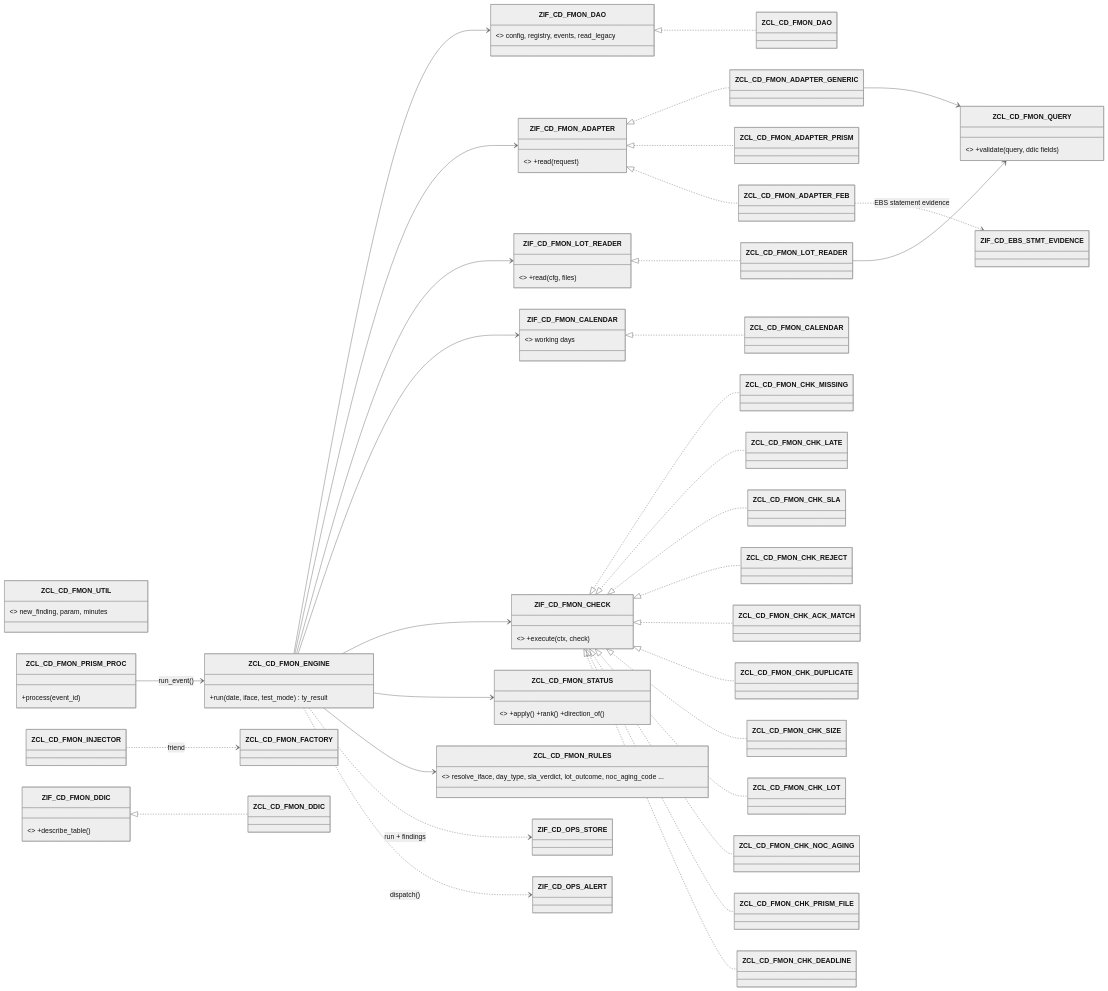
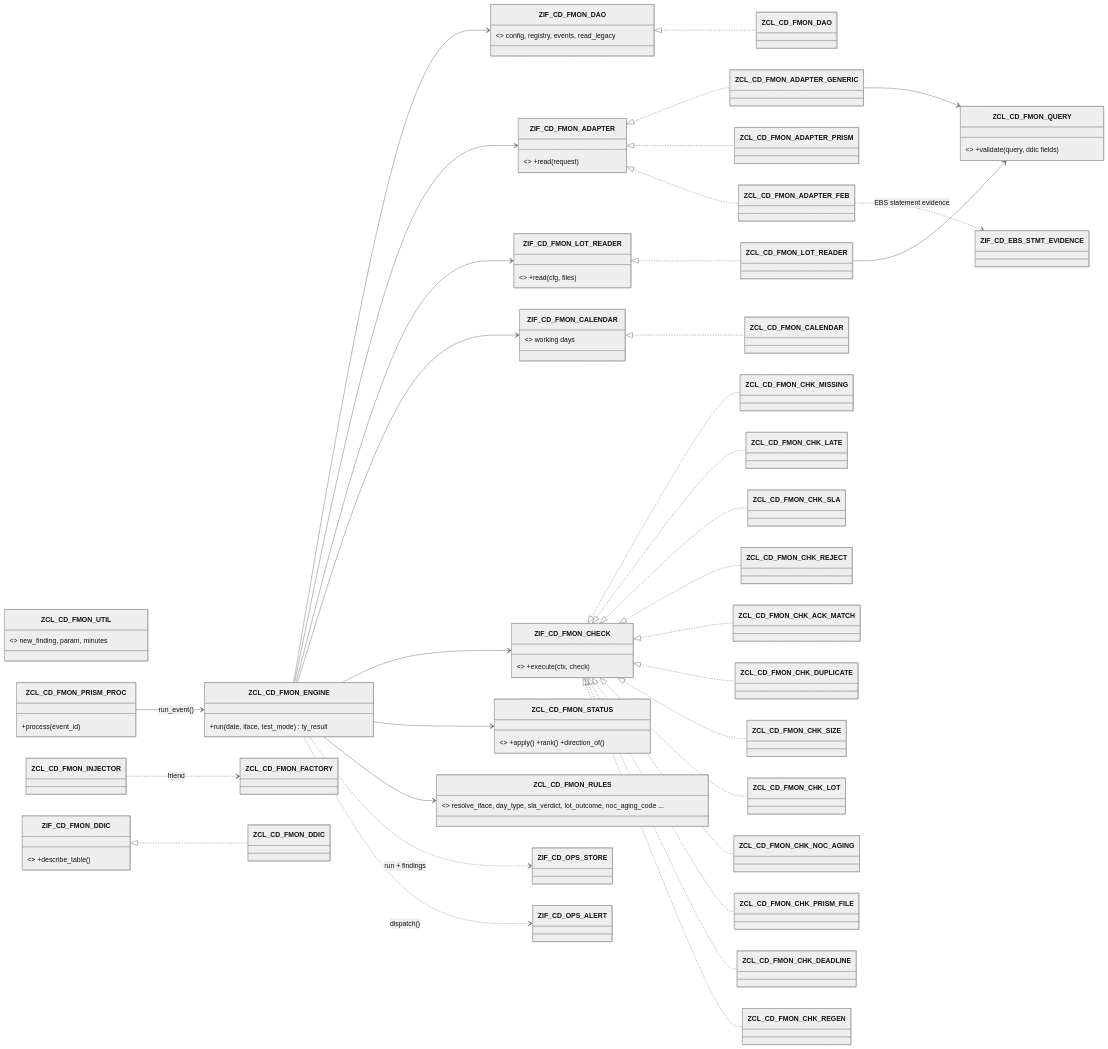
The second of 2 diagrams in ops-suite/docs/FMON_FILE_MONITORING.md (jaideep247/bai), drawn with Mermaid (neutral theme) before and after one commit. The commit also changed other lines of this file and 9 other files, not shown here.

````diff
--- a/ops-suite/docs/FMON_FILE_MONITORING.md
+++ b/ops-suite/docs/FMON_FILE_MONITORING.md
@@ -269,50 +292,51 @@
 ```mermaid
 classDiagram
     direction LR
     class ZCL_CD_FMON_ENGINE { +run(date, iface, test_mode) ty_result }
     class ZCL_CD_FMON_STATUS { <<pure>> +apply() +rank() +direction_of() }
     class ZCL_CD_FMON_RULES { <<pure>> resolve_iface, day_type, sla_verdict, lot_outcome, noc_aging_code ... }
     class ZCL_CD_FMON_QUERY { <<pure>> +validate(query, ddic fields) }
     class ZCL_CD_FMON_UTIL { <<pure>> new_finding, param, minutes }
     class ZIF_CD_FMON_DAO { <<interface>> config, registry, events, read_legacy }
     class ZIF_CD_FMON_ADAPTER { <<interface>> +read(request) }
     class ZIF_CD_FMON_LOT_READER { <<interface>> +read(cfg, files) }
     class ZIF_CD_FMON_CALENDAR { <<interface>> working days }
     class ZIF_CD_FMON_DDIC { <<interface>> +describe_table() }
     class ZIF_CD_FMON_CHECK { <<interface>> +execute(ctx, check) }
     class ZCL_CD_FMON_FACTORY
     class ZCL_CD_FMON_INJECTOR
     ZCL_CD_FMON_ENGINE --> ZIF_CD_FMON_DAO
     ZCL_CD_FMON_ENGINE --> ZIF_CD_FMON_ADAPTER
     ZCL_CD_FMON_ENGINE --> ZIF_CD_FMON_LOT_READER
     ZCL_CD_FMON_ENGINE --> ZIF_CD_FMON_CALENDAR
     ZCL_CD_FMON_ENGINE --> ZIF_CD_FMON_CHECK
     ZCL_CD_FMON_ENGINE --> ZCL_CD_FMON_STATUS
     ZCL_CD_FMON_ENGINE --> ZCL_CD_FMON_RULES
     ZCL_CD_FMON_ENGINE ..> ZIF_CD_OPS_STORE : run + findings
     ZCL_CD_FMON_ENGINE ..> ZIF_CD_OPS_ALERT : dispatch()
     ZIF_CD_FMON_DAO <|.. ZCL_CD_FMON_DAO
     ZIF_CD_FMON_ADAPTER <|.. ZCL_CD_FMON_ADAPTER_GENERIC
     ZIF_CD_FMON_LOT_READER <|.. ZCL_CD_FMON_LOT_READER
     ZIF_CD_FMON_CALENDAR <|.. ZCL_CD_FMON_CALENDAR
     ZIF_CD_FMON_DDIC <|.. ZCL_CD_FMON_DDIC
     ZCL_CD_FMON_ADAPTER_GENERIC --> ZCL_CD_FMON_QUERY
     ZCL_CD_FMON_LOT_READER --> ZCL_CD_FMON_QUERY
     ZIF_CD_FMON_CHECK <|.. ZCL_CD_FMON_CHK_MISSING
     ZIF_CD_FMON_CHECK <|.. ZCL_CD_FMON_CHK_LATE
     ZIF_CD_FMON_CHECK <|.. ZCL_CD_FMON_CHK_SLA
     ZIF_CD_FMON_CHECK <|.. ZCL_CD_FMON_CHK_REJECT
     ZIF_CD_FMON_CHECK <|.. ZCL_CD_FMON_CHK_ACK_MATCH
     ZIF_CD_FMON_CHECK <|.. ZCL_CD_FMON_CHK_DUPLICATE
     ZIF_CD_FMON_CHECK <|.. ZCL_CD_FMON_CHK_SIZE
     ZIF_CD_FMON_CHECK <|.. ZCL_CD_FMON_CHK_LOT
     ZIF_CD_FMON_CHECK <|.. ZCL_CD_FMON_CHK_NOC_AGING
     ZIF_CD_FMON_CHECK <|.. ZCL_CD_FMON_CHK_PRISM_FILE
     ZIF_CD_FMON_ADAPTER <|.. ZCL_CD_FMON_ADAPTER_PRISM
     ZIF_CD_FMON_ADAPTER <|.. ZCL_CD_FMON_ADAPTER_FEB
     ZCL_CD_FMON_ADAPTER_FEB ..> ZIF_CD_EBS_STMT_EVIDENCE : EBS statement evidence
     ZIF_CD_FMON_CHECK <|.. ZCL_CD_FMON_CHK_DEADLINE
+    ZIF_CD_FMON_CHECK <|.. ZCL_CD_FMON_CHK_REGEN
     class ZCL_CD_FMON_PRISM_PROC { +process(event_id) }
     ZCL_CD_FMON_PRISM_PROC --> ZCL_CD_FMON_ENGINE : run_event()
     ZCL_CD_FMON_INJECTOR ..> ZCL_CD_FMON_FACTORY : friend
 ```
````
